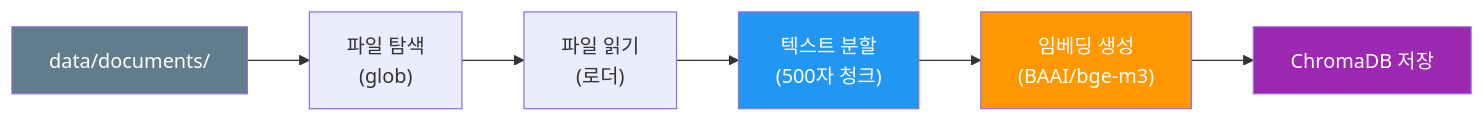
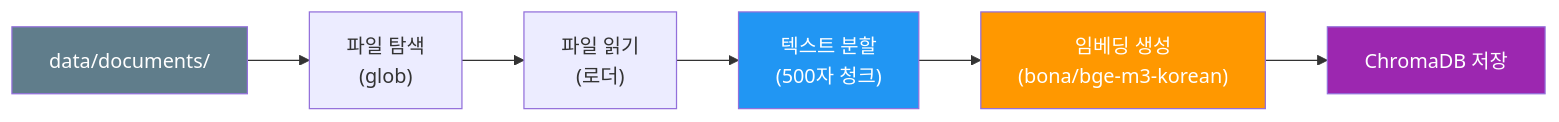
Before and after one commit to laurus-kpa007/agentic-rag-bot: the fifth of 6 diagrams in docs/implementation-guide.md, drawn with Mermaid. The commit also changed other lines of this file and 13 other files, not shown here.

````diff
--- a/docs/implementation-guide.md
+++ b/docs/implementation-guide.md
@@ -645,13 +645,13 @@
 ```mermaid
 flowchart LR
     A["data/documents/"] --> B["파일 탐색<br/>(glob)"]
     B --> C["파일 읽기<br/>(로더)"]
     C --> D["텍스트 분할<br/>(500자 청크)"]
-    D --> E["임베딩 생성<br/>(BAAI/bge-m3)"]
+    D --> E["임베딩 생성<br/>(bona/bge-m3-korean)"]
     E --> F["ChromaDB 저장"]
 
     style A fill:#607D8B,color:#fff
     style D fill:#2196F3,color:#fff
     style E fill:#FF9800,color:#fff
     style F fill:#9C27B0,color:#fff
 ```
````
